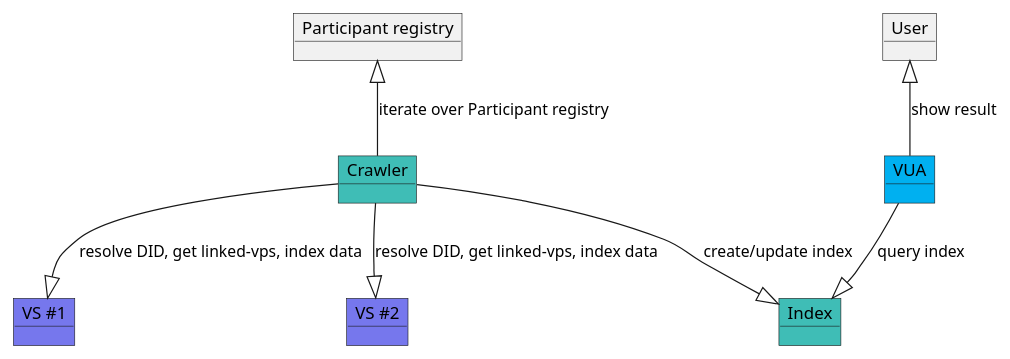
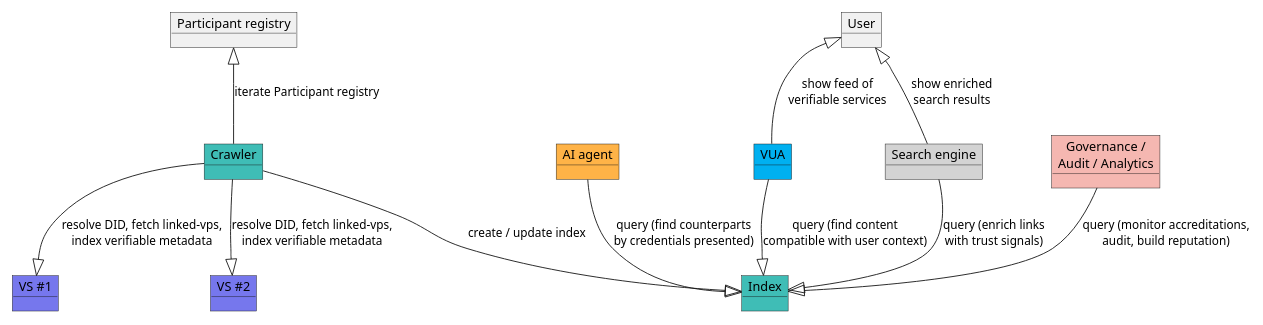
One commit to verana-labs/verifiable-trust-vpr-spec changed the sixth of 21 diagrams in spec.md. Above: the diagram before and after it, drawn with PlantUML. The commit also changed other lines of this file and 1 other file, not shown here.

Commit message:
fix: DID Indexing litterature

````diff
--- a/spec.md
+++ b/spec.md
@@ -564,20 +597,34 @@
 ```plantuml
 
 @startuml
-scale max 800 width
+scale max 1000 width
+
 object "Participant registry" as didd
 object "Crawler" as crawler #3fbdb6
 object "Index" as index #3fbdb6
+
 object "VS #1" as dts1 #7677ed
 object "VS #2" as dts2 #7677ed
+
+object "AI agent" as aiagent #ffb347
 object "VUA" as browser #00b0f0
+object "Search engine" as search #d3d3d3
+object "Governance /\nAudit / Analytics" as gov #f5b7b1
+
 object "User" as user
-didd <|-- crawler : iterate over Participant registry
-crawler --|> dts1 : resolve DID, get linked-vps, index data
-crawler --|> dts2 : resolve DID, get linked-vps, index data
-browser --|> index: query index
-crawler --|> index: create/update index 
-user <|-- browser : show result
+
+didd <|-- crawler : iterate Participant registry
+crawler --|> dts1 : resolve DID, fetch linked-vps,\nindex verifiable metadata
+crawler --|> dts2 : resolve DID, fetch linked-vps,\nindex verifiable metadata
+crawler --|> index : create / update index
+
+aiagent --|> index : query (find counterparts\nby credentials presented)
+browser --|> index : query (find content\ncompatible with user context)
+search --|> index : query (enrich links\nwith trust signals)
+gov --|> index : query (monitor accreditations,\naudit, build reputation)
+
+user <|-- browser : show feed of\nverifiable services
+user <|-- search : show enriched\nsearch results
 @enduml
 
 ```
````
